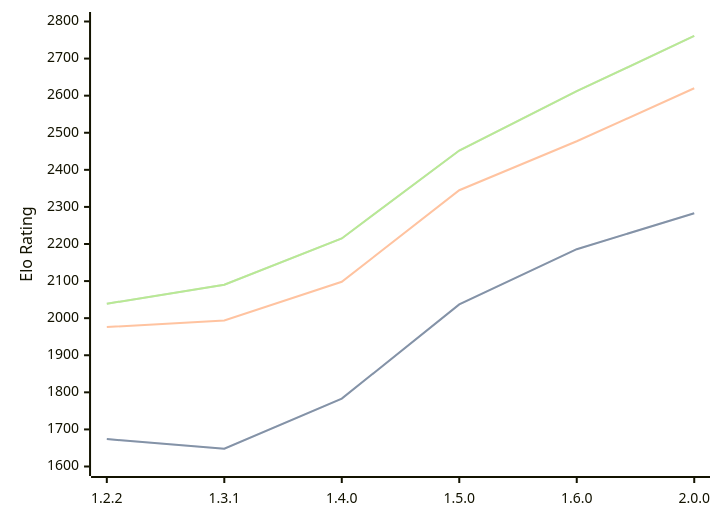
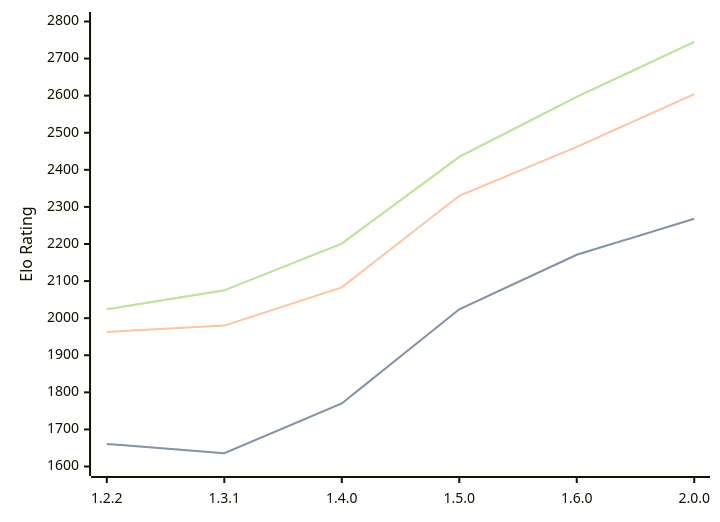
One commit to computer-chess-index/cci changed the diagram in engines/SoloEngine.md. Above: the diagram before and after it, drawn with Mermaid. The commit also changed other lines of this file, not shown here.

Commit message:
Update CCI Ratings (ELO VLTC) - 2026-05-20

````diff
--- a/engines/SoloEngine.md
+++ b/engines/SoloEngine.md
@@ -37,11 +37,11 @@
 ```mermaid
 %%{init: {"theme":"base","themeVariables":{"seriesColors:['#a3a3a3','#222221','#faa371']}}}%%
 xychart-beta
   x-axis ["1.2.2", "1.3.1", "1.4.0", "1.5.0", "1.6.0", "2.0.0"]
   y-axis "Elo Rating" 1600 --> 2800
-  line "STC (8.0+0.08s)" [1674, 1648, 1783, 2037, 2186, 2283]
-  line "STC (8.0+0.08s)" [1674, 1648, 1783, 2037, 2186, 2283]
-  line "LTC (60.0+0.60s)" [1976, 1994, 2098, 2345, 2477, 2620]
-  line "VLTC (2m24s+1.12s)" [2039, 2090, 2215, 2452, 2612, 2761]
-  line "VLTC (2m24s+1.12s)" [2039, 2090, 2215, 2452, 2612, 2761]
+  line "STC (8.0+0.08s)" [1661, 1636, 1770, 2024, 2171, 2268]
+  line "STC (8.0+0.08s)" [1661, 1636, 1770, 2024, 2171, 2268]
+  line "LTC (60.0+0.60s)" [1963, 1980, 2083, 2330, 2462, 2604]
+  line "VLTC (2m24s+1.12s)" [2024, 2075, 2201, 2435, 2597, 2745]
+  line "VLTC (2m24s+1.12s)" [2024, 2075, 2201, 2435, 2597, 2745]
 ```
````
